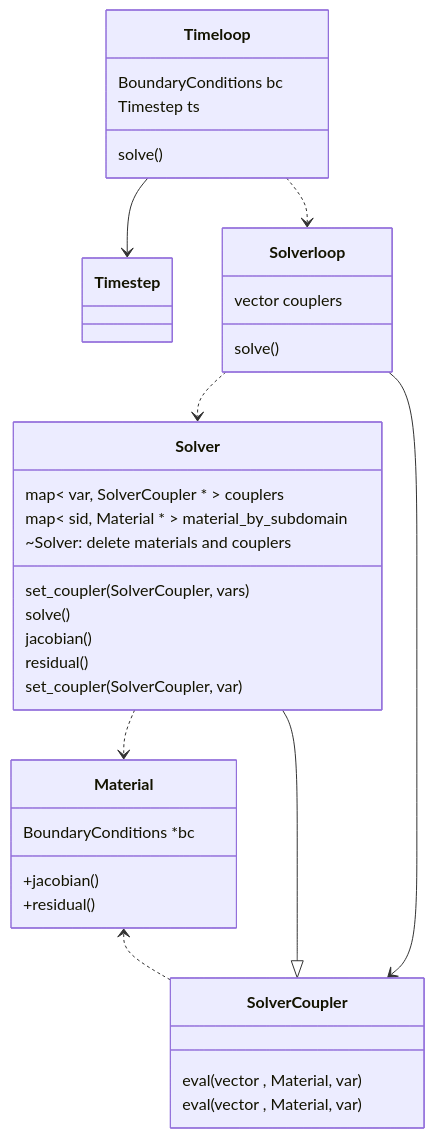
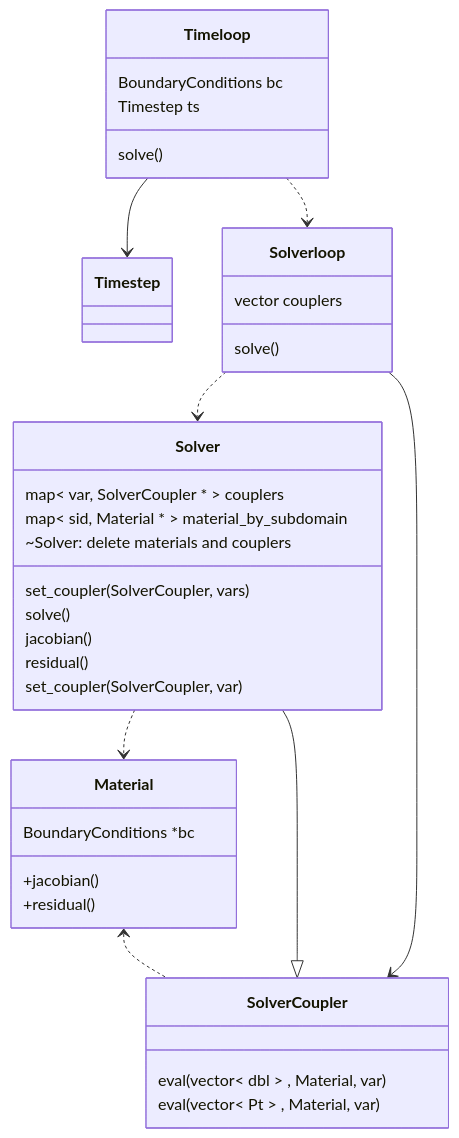
Before and after one commit to rebpoli/harpy: the first of 2 diagrams in doc/Description.md, drawn with Mermaid.

````diff
--- a/doc/Description.md
+++ b/doc/Description.md
@@ -20,46 +20,46 @@
 ```mermaid
 %% Interfaces, abstract classes
 classDiagram
     class Timeloop { 
         BoundaryConditions bc
         Timestep ts
         solve()
     }
 
     class Solverloop {
         vector<SolverCoupler *> couplers
         solve()
     }
 
     class SolverCoupler {
-        eval( vector<double> , Material, var )
-        eval( vector<Point>  , Material, var )
+        eval( vector< dbl > , Material, var )
+        eval( vector< Pt >  , Material, var )
     }
 
     class Solver {
         map< var, SolverCoupler * > couplers
         map< sid, Material * > material_by_subdomain
         ~Solver: delete materials and couplers
         set_coupler(SolverCoupler, vars)
         solve()
         jacobian()
         residual()
         set_coupler( SolverCoupler, var )
     }
 
 
     class Material {
         BoundaryConditions *bc
         +jacobian()
         +residual()
     }
 
     SolverCoupler <|-- Solver
     Material <.. SolverCoupler
     Timeloop --> Timestep
     Timeloop ..> Solverloop
     Solverloop ..> Solver
     Solverloop --> SolverCoupler
     Solver..> Material
 
 ```
````
